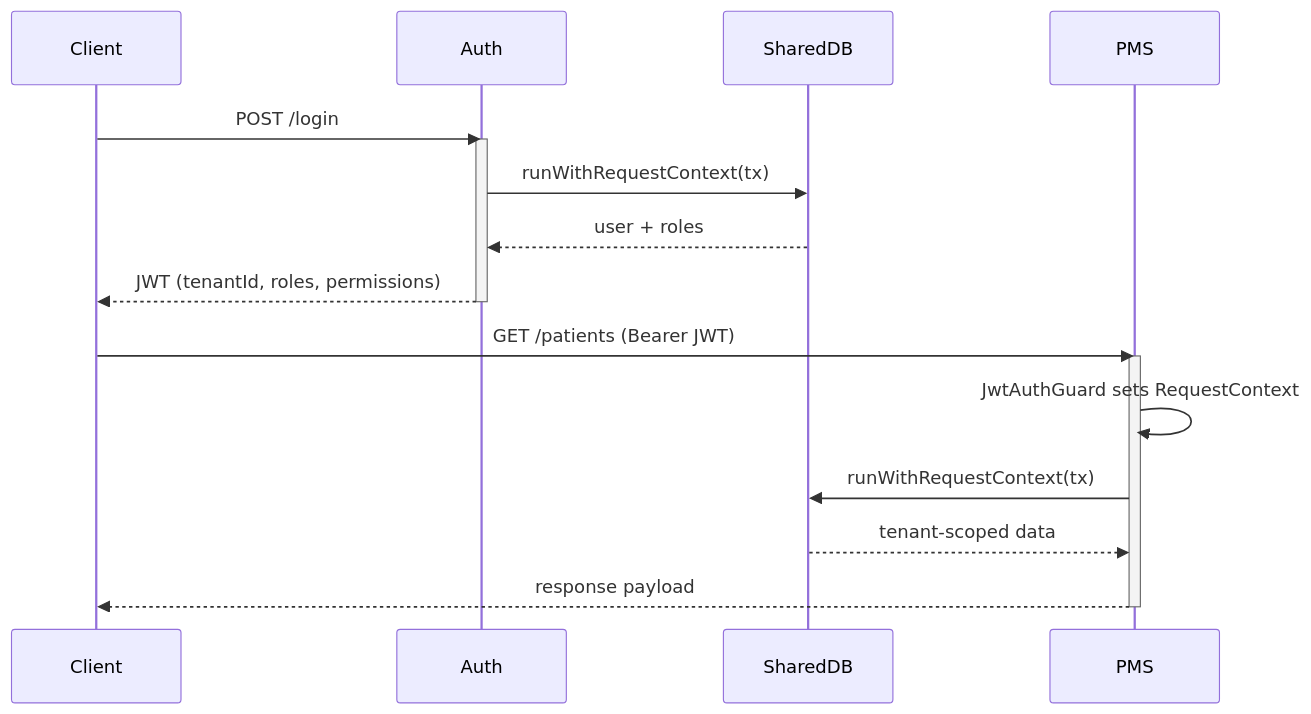
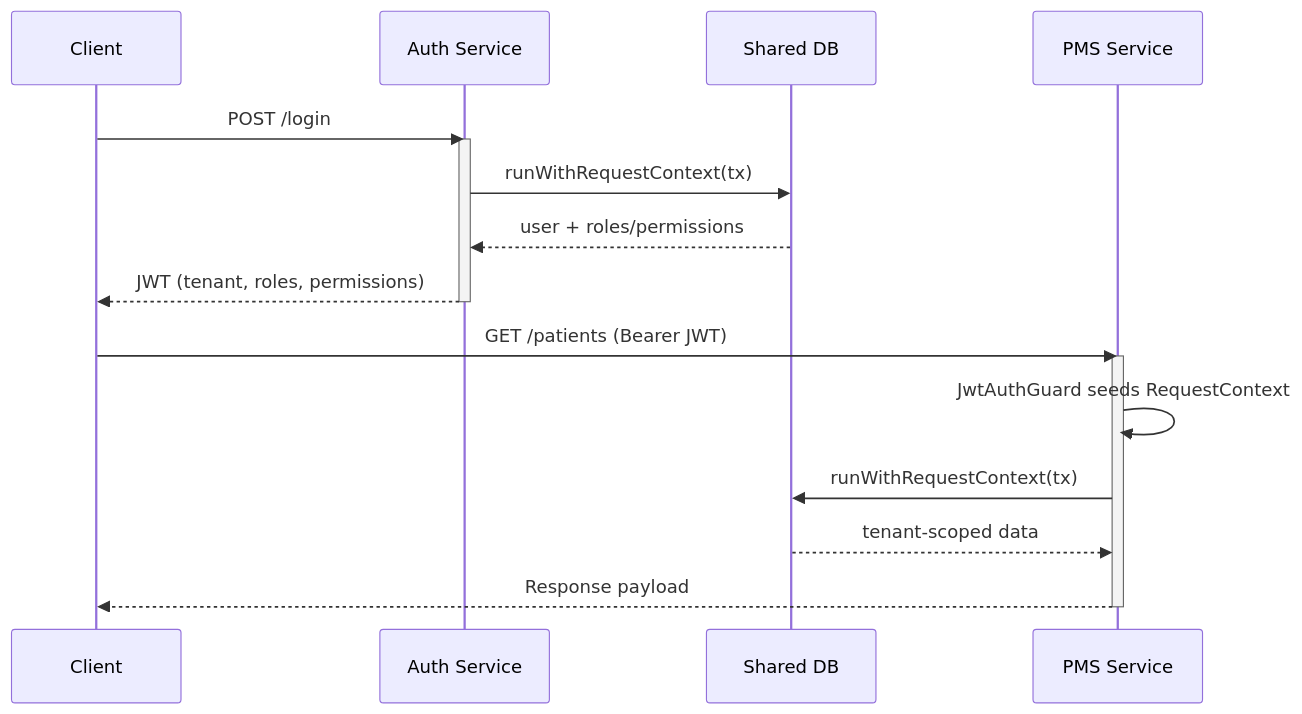
One commit to daivahealth/athma-ce changed the second of 2 diagrams in docs/BACKEND-OVERVIEW.md. Above: the diagram before and after it, drawn with Mermaid. The commit also changed other lines of this file, not shown here.

Commit message:
Added Digram in Backend doc-2

````diff
--- a/docs/BACKEND-OVERVIEW.md
+++ b/docs/BACKEND-OVERVIEW.md
@@ -50,22 +49,22 @@
 ```mermaid
 sequenceDiagram
-    participant Client
-    participant Auth
-    participant SharedDB
-    participant PMS
+    participant C as Client
+    participant A as Auth Service
+    participant DB as Shared DB
+    participant P as PMS Service
 
-    Client->>Auth: POST /login
-    activate Auth
-    Auth->>SharedDB: runWithRequestContext(tx)
-    SharedDB-->>Auth: user + roles
-    Auth-->>Client: JWT (tenantId, roles, permissions)
-    deactivate Auth
+    C->>A: POST /login
+    activate A
+    A->>DB: runWithRequestContext(tx)
+    DB-->>A: user + roles/permissions
+    A-->>C: JWT (tenant, roles, permissions)
+    deactivate A
 
-    Client->>PMS: GET /patients (Bearer JWT)
-    activate PMS
-    PMS->>PMS: JwtAuthGuard sets RequestContext
-    PMS->>SharedDB: runWithRequestContext(tx)
-    SharedDB-->>PMS: tenant-scoped data
-    PMS-->>Client: response payload
-    deactivate PMS
+    C->>P: GET /patients (Bearer JWT)
+    activate P
+    P->>P: JwtAuthGuard seeds RequestContext
+    P->>DB: runWithRequestContext(tx)
+    DB-->>P: tenant-scoped data
+    P-->>C: Response payload
+    deactivate P
 ```
````
